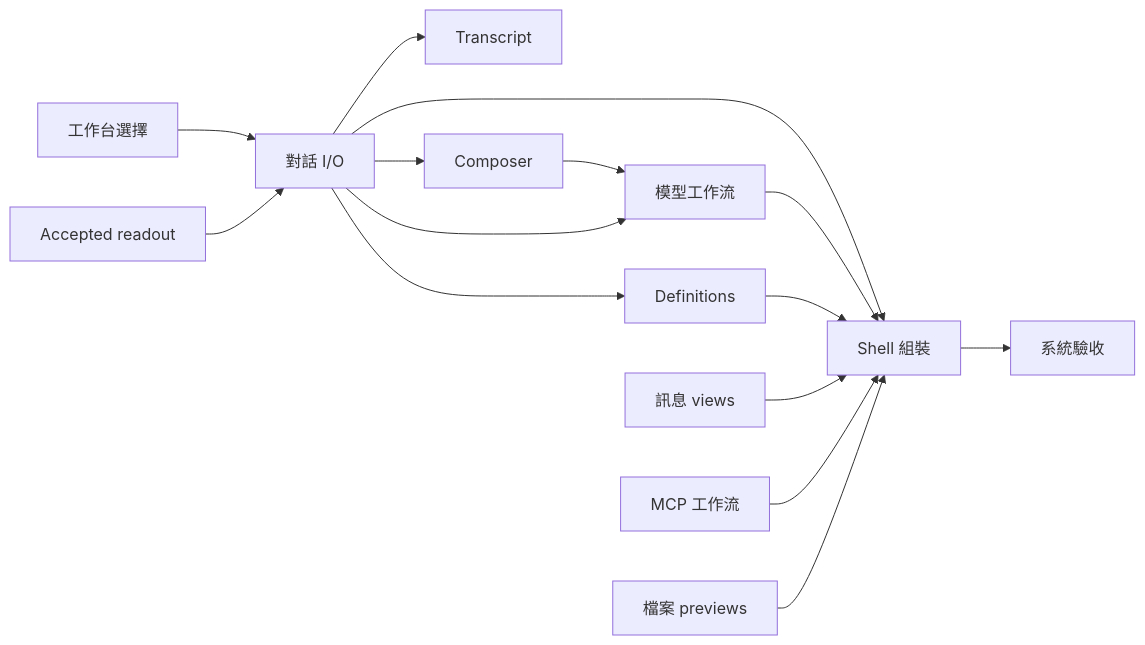
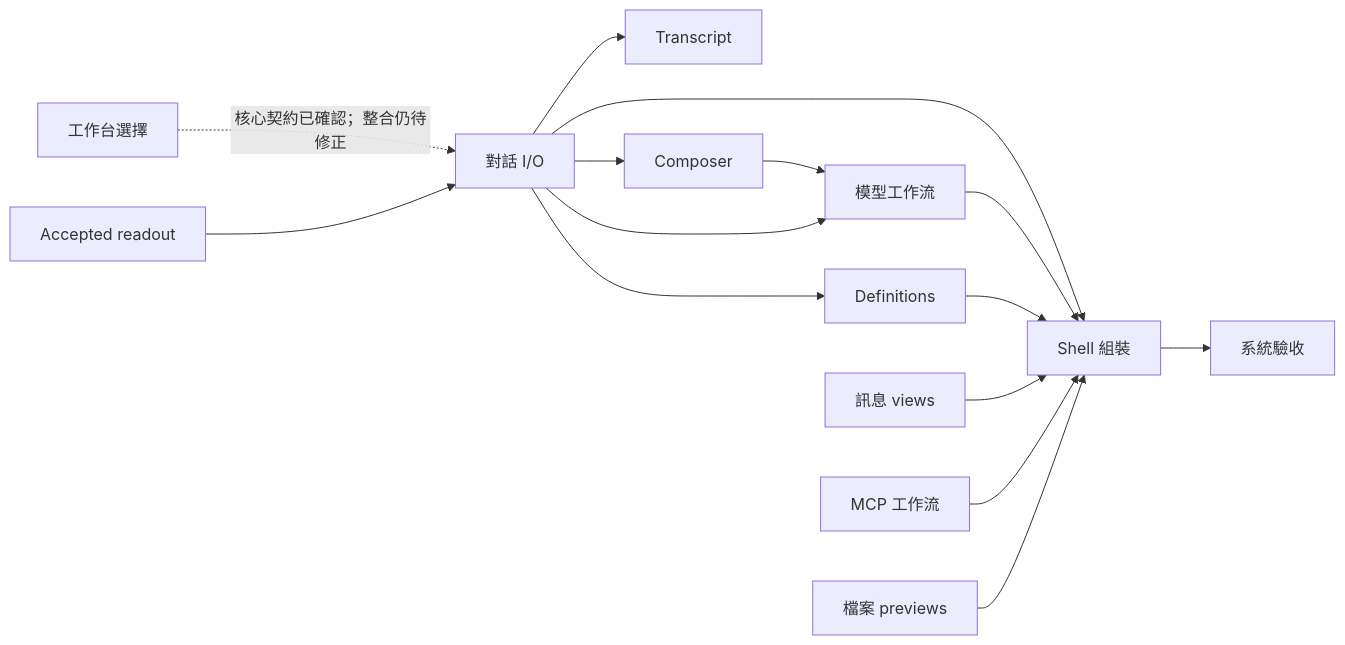
One commit to hheei/hepi-harness changed the diagram in .scratch/ui-architecture-refactor/ticket-plan.md. Above: the diagram before and after it, drawn with Mermaid. The commit also changed other lines of this file and 1 other file, not shown here.

Commit message:
docs: start conversation lifetime against verified selection contracts

````diff
--- a/.scratch/ui-architecture-refactor/ticket-plan.md
+++ b/.scratch/ui-architecture-refactor/ticket-plan.md
@@ -30,18 +30,18 @@
 ```mermaid
 flowchart LR
-  A[工作台選擇] --> C[對話 I/O]
+  A[工作台選擇] -. 核心契約已確認；整合仍待修正 .-> C[對話 I/O]
   B[Accepted readout] --> C
   C --> D[Transcript]
   C --> E[Composer]
   E --> F[模型工作流]
   C --> F
   C --> H[Definitions]
   I[訊息 views]
   C --> K[Shell 組裝]
   F --> K
   H --> K
   I --> K
   G[MCP 工作流] --> K
   J[檔案 previews] --> K
   K --> L[系統驗收]
 ```
````
